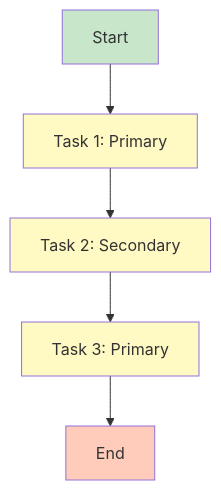
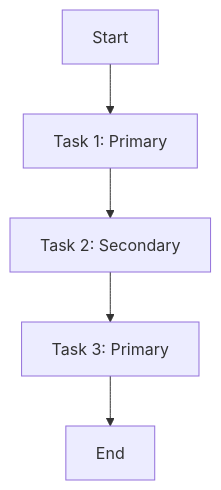
Before and after one commit to hallucinaut/two-neurons: the fourth of 5 diagrams in README.md, drawn with Mermaid. The commit also changed other lines of this file, not shown here.

Commit message:
Remove all color styles from mermaid diagrams for better dark mode support

````diff
--- a/README.md
+++ b/README.md
@@ -200,13 +182,7 @@
 ```mermaid
 flowchart TD
     Start[Start] --> Task1[Task 1: Primary]
     Task1 --> Task2[Task 2: Secondary]
     Task2 --> Task3[Task 3: Primary]
     Task3 --> End[End]
-
-    style Start fill:#c8e6c9
-    style End fill:#ffccbc
-    style Task1 fill:#fff9c4
-    style Task2 fill:#fff9c4
-    style Task3 fill:#fff9c4
 ```
````
